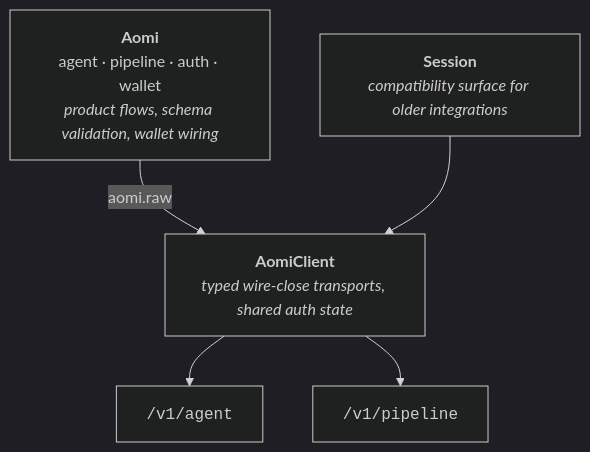
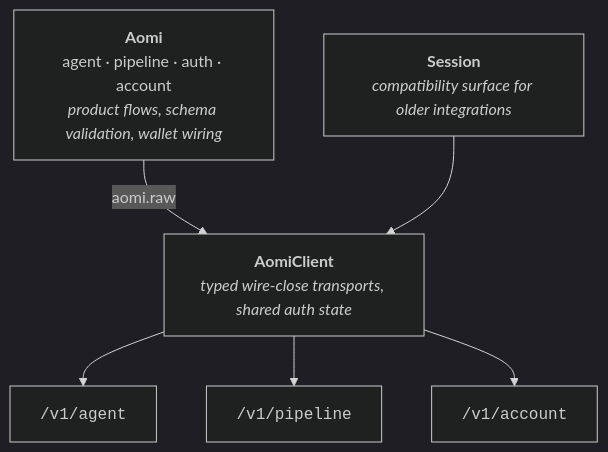
One commit to aomi-labs/docs changed the diagram in integrate/client-sdk.mdx. Above: the diagram before and after it, drawn with Mermaid (dark theme). The commit also changed other lines of this file and 40 other files, not shown here.

````diff
--- a/integrate/client-sdk.mdx
+++ b/integrate/client-sdk.mdx
@@ -107,10 +122,11 @@
 ```mermaid
 flowchart TD
-    A["<b>Aomi</b><br/>agent · pipeline · auth · wallet<br/><i>product flows, schema validation, wallet wiring</i>"]
+    A["<b>Aomi</b><br/>agent · pipeline · auth · account<br/><i>product flows, schema validation, wallet wiring</i>"]
     C["<b>AomiClient</b><br/><i>typed wire-close transports, shared auth state</i>"]
     S["<b>Session</b><br/><i>compatibility surface for older integrations</i>"]
     A -->|"aomi.raw"| C
     S --> C
     C --> R1["<code>/v1/agent</code>"]
     C --> R2["<code>/v1/pipeline</code>"]
+    C --> R3["<code>/v1/account</code>"]
 ```
````
